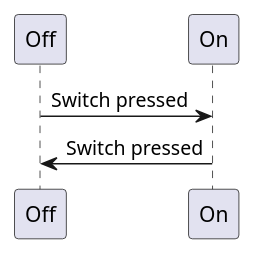
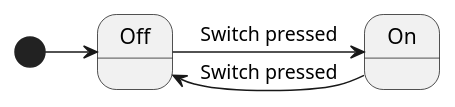
The second of 2 diagrams in docs/languages/javascript.md (emmby/statesmith-simplified), drawn with PlantUML before and after one commit. The commit also changed other lines of this file, not shown here.

```diff
--- a/docs/languages/javascript.md
+++ b/docs/languages/javascript.md
@@ -19,4 +21,5 @@
 @startuml
+[*] -> Off
 Off -> On : Switch pressed
 On -> Off : Switch pressed
 @enduml
```
